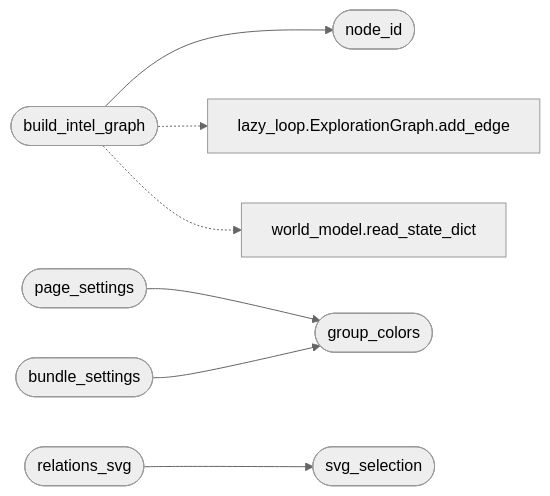
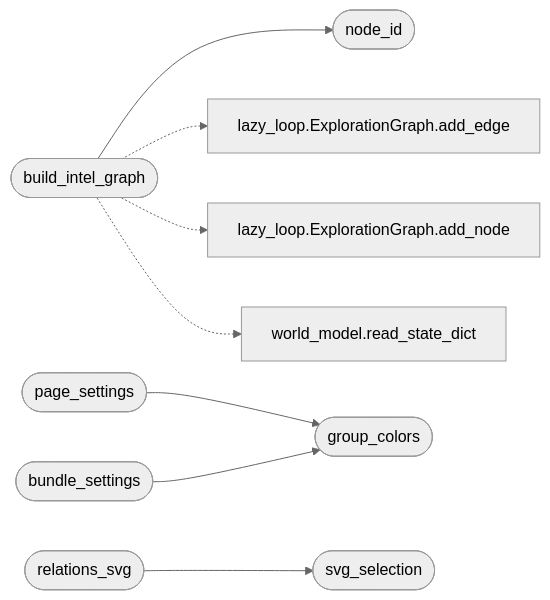
Before and after one commit to grisuno/LazyOwn: the diagram in readmenator-apidocs/modules/modules.intel_fusion.py.md, drawn with Mermaid (neutral theme). The commit also changed other lines of this file and 434 other files, not shown here.

````diff
--- a/readmenator-apidocs/modules/modules.intel_fusion.py.md
+++ b/readmenator-apidocs/modules/modules.intel_fusion.py.md
@@ -31,18 +31,20 @@
 ```mermaid
 flowchart LR
     n_modules_intel_fusion_py__build_intel_graph(["build_intel_graph"])
     n_modules_intel_fusion_py__node_id(["node_id"])
     n_modules_intel_fusion_py__page_settings(["page_settings"])
     n_modules_intel_fusion_py__group_colors(["group_colors"])
     n_modules_intel_fusion_py__bundle_settings(["bundle_settings"])
     n_modules_intel_fusion_py__relations_svg(["relations_svg"])
     n_modules_intel_fusion_py__svg_selection(["svg_selection"])
     n_modules_lazy_loop_py__ExplorationGraph_add_edge["lazy_loop.ExplorationGraph.add_edge"]
+    n_modules_lazy_loop_py__ExplorationGraph_add_node["lazy_loop.ExplorationGraph.add_node"]
     n_modules_world_model_py__read_state_dict["world_model.read_state_dict"]
     n_modules_intel_fusion_py__build_intel_graph --> n_modules_intel_fusion_py__node_id
     n_modules_intel_fusion_py__page_settings --> n_modules_intel_fusion_py__group_colors
     n_modules_intel_fusion_py__bundle_settings --> n_modules_intel_fusion_py__group_colors
     n_modules_intel_fusion_py__relations_svg --> n_modules_intel_fusion_py__svg_selection
     n_modules_intel_fusion_py__build_intel_graph -.-> n_modules_lazy_loop_py__ExplorationGraph_add_edge
+    n_modules_intel_fusion_py__build_intel_graph -.-> n_modules_lazy_loop_py__ExplorationGraph_add_node
     n_modules_intel_fusion_py__build_intel_graph -.-> n_modules_world_model_py__read_state_dict
 ```
````
